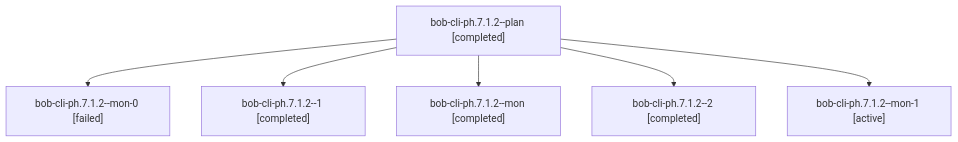
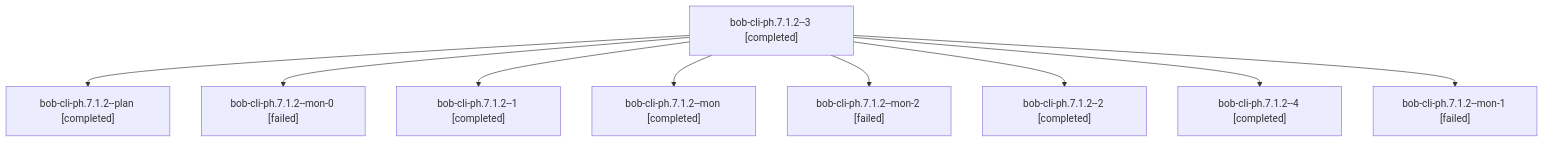
Before and after one commit to bobs-org/bob-cli--agents: the diagram in sessions/bbugyi200.apollo.bob-cli-ph.7.1.2.md, drawn with Mermaid. The commit also changed other lines of this file and 117 other files, not shown here.

````diff
--- a/sessions/bbugyi200.apollo.bob-cli-ph.7.1.2.md
+++ b/sessions/bbugyi200.apollo.bob-cli-ph.7.1.2.md
@@ -9,14 +9,20 @@
 ```mermaid
 flowchart TD
-  n0["bob-cli-ph.7.1.2--plan [completed]"]
-  n1["bob-cli-ph.7.1.2--mon-0 [failed]"]
+  n0["bob-cli-ph.7.1.2--3 [completed]"]
+  n1["bob-cli-ph.7.1.2--plan [completed]"]
   n0 --> n1
-  n2["bob-cli-ph.7.1.2--1 [completed]"]
+  n2["bob-cli-ph.7.1.2--mon-0 [failed]"]
   n0 --> n2
-  n3["bob-cli-ph.7.1.2--mon [completed]"]
+  n3["bob-cli-ph.7.1.2--1 [completed]"]
   n0 --> n3
-  n4["bob-cli-ph.7.1.2--2 [completed]"]
+  n4["bob-cli-ph.7.1.2--mon [completed]"]
   n0 --> n4
-  n5["bob-cli-ph.7.1.2--mon-1 [active]"]
+  n5["bob-cli-ph.7.1.2--mon-2 [failed]"]
   n0 --> n5
+  n6["bob-cli-ph.7.1.2--2 [completed]"]
+  n0 --> n6
+  n7["bob-cli-ph.7.1.2--4 [completed]"]
+  n0 --> n7
+  n8["bob-cli-ph.7.1.2--mon-1 [failed]"]
+  n0 --> n8
 ```
````
